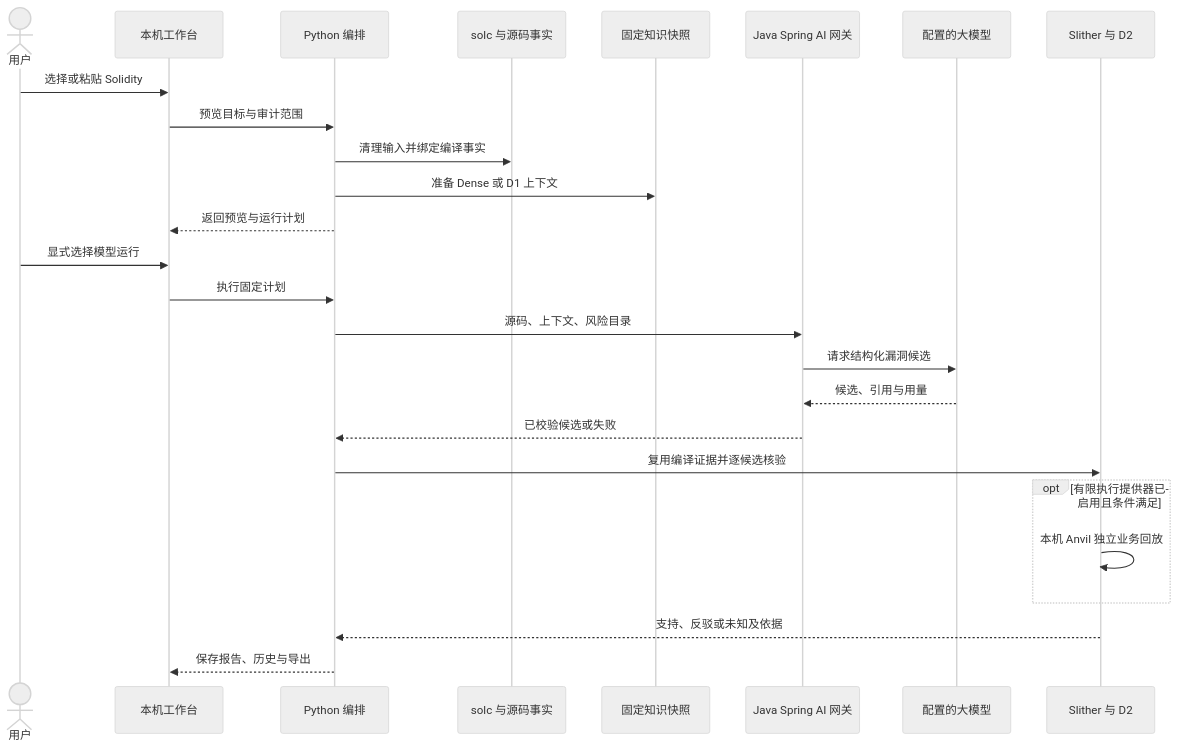
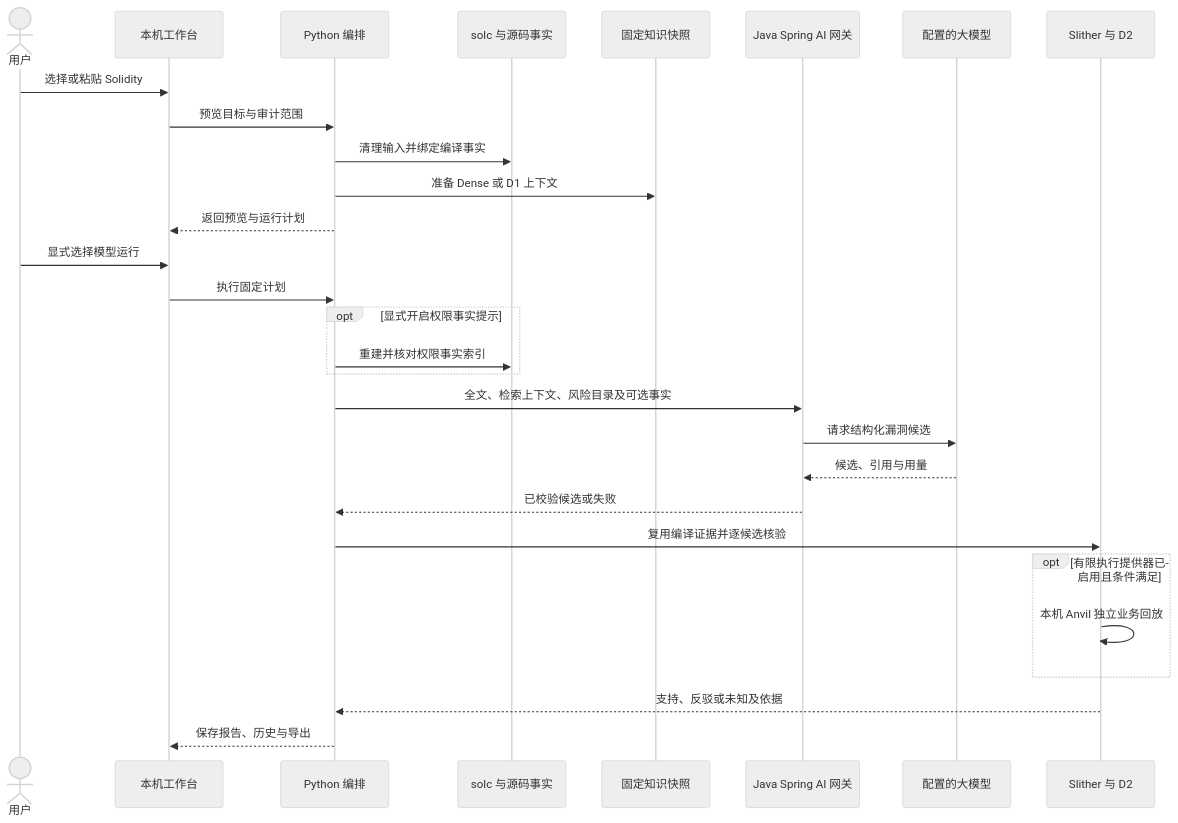
Before and after one commit to sz-xiaohuolong/SmartContract-Audit-Agent: the diagram in docs/vibe/TECH_DESIGN.md, drawn with Mermaid (neutral theme). The commit also changed other lines of this file and 9 other files, not shown here.

````diff
--- a/docs/vibe/TECH_DESIGN.md
+++ b/docs/vibe/TECH_DESIGN.md
@@ -15,28 +29,31 @@
 ```mermaid
 sequenceDiagram
     actor 用户
     participant 页面 as 本机工作台
     participant 核心 as Python 编排
     participant 编译 as solc 与源码事实
     participant 知识 as 固定知识快照
     participant 网关 as Java Spring AI 网关
     participant 模型 as 配置的大模型
     participant 验证 as Slither 与 D2
     用户->>页面: 选择或粘贴 Solidity
     页面->>核心: 预览目标与审计范围
     核心->>编译: 清理输入并绑定编译事实
     核心->>知识: 准备 Dense 或 D1 上下文
     核心-->>页面: 返回预览与运行计划
     用户->>页面: 显式选择模型运行
     页面->>核心: 执行固定计划
-    核心->>网关: 源码、上下文、风险目录
+    opt 显式开启权限事实提示
+        核心->>编译: 重建并核对权限事实索引
+    end
+    核心->>网关: 全文、检索上下文、风险目录及可选事实
     网关->>模型: 请求结构化漏洞候选
     模型-->>网关: 候选、引用与用量
     网关-->>核心: 已校验候选或失败
     核心->>验证: 复用编译证据并逐候选核验
     opt 有限执行提供器已启用且条件满足
         验证->>验证: 本机 Anvil 独立业务回放
     end
     验证-->>核心: 支持、反驳或未知及依据
     核心-->>页面: 保存报告、历史与导出
 ```
````
